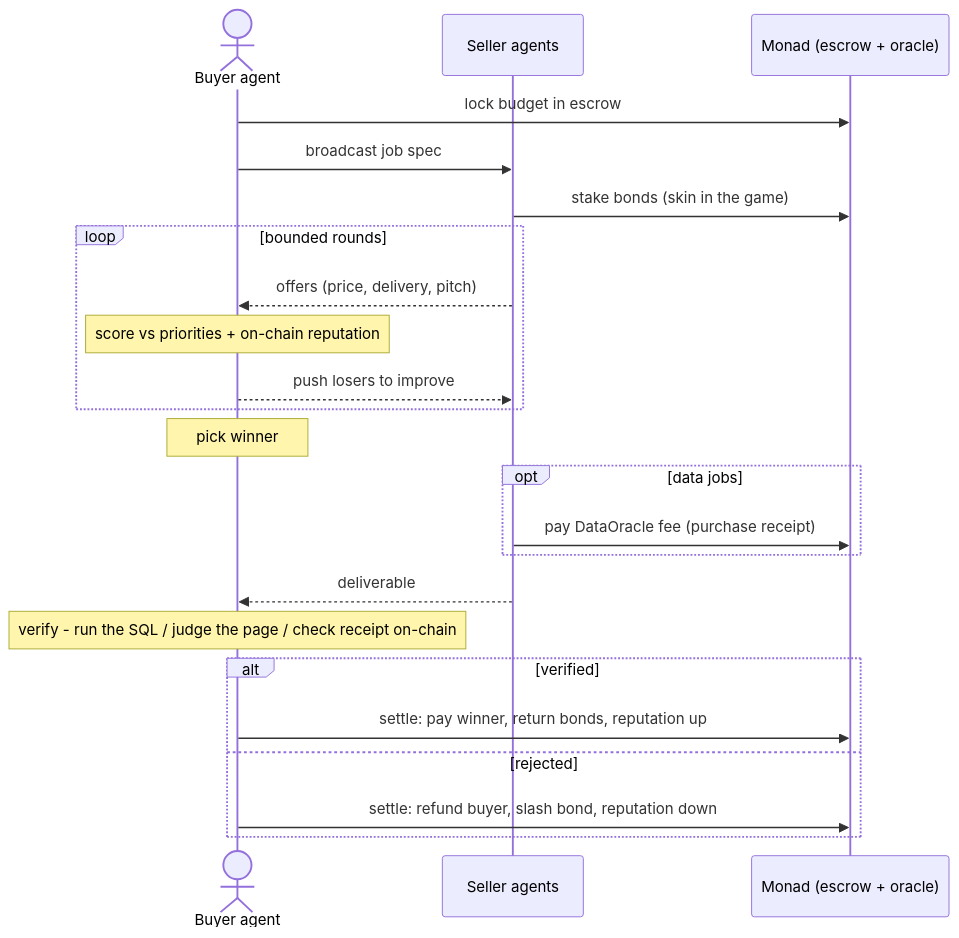
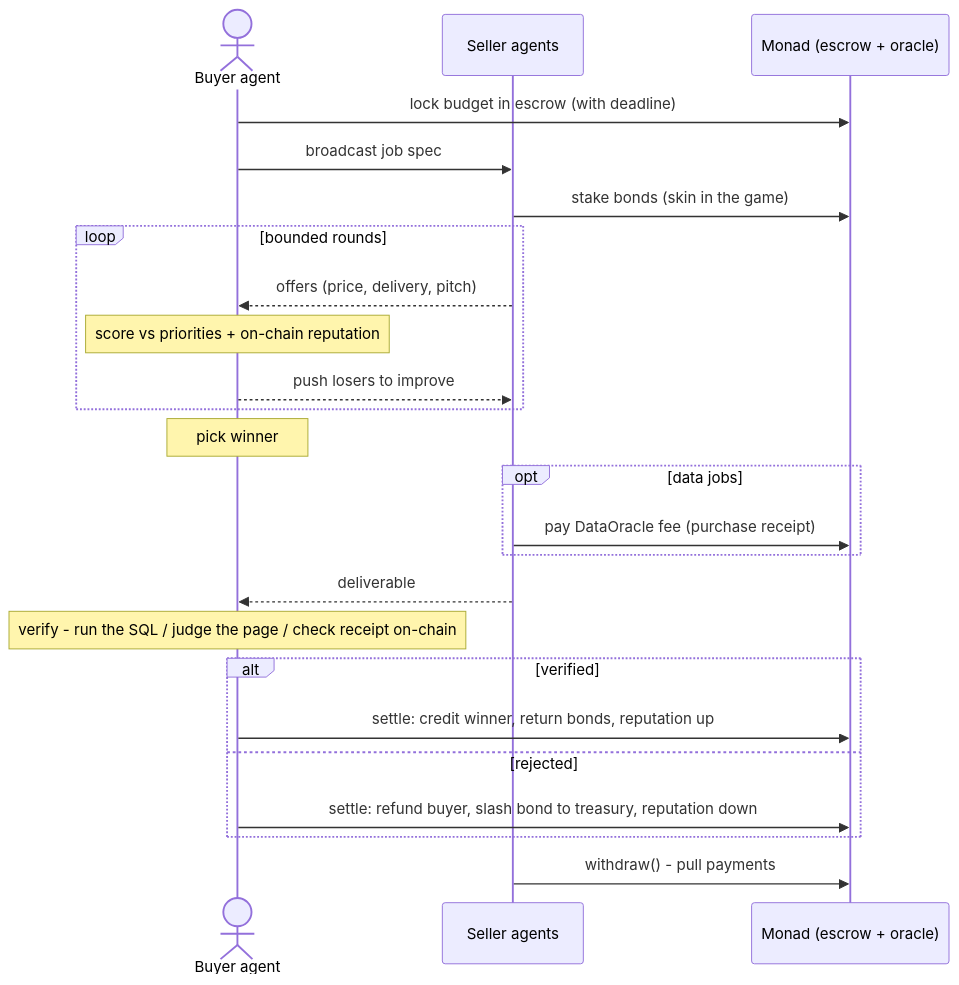
One commit to Dev4057/HandShake changed the diagram in README.md. Above: the diagram before and after it, drawn with Mermaid. The commit also changed other lines of this file and 2 other files, not shown here.

````diff
--- a/README.md
+++ b/README.md
@@ -57,29 +33,30 @@
 ```mermaid
 sequenceDiagram
     actor B as Buyer agent
     participant S as Seller agents
     participant M as Monad (escrow + oracle)
 
-    B->>M: lock budget in escrow
+    B->>M: lock budget in escrow (with deadline)
     B->>S: broadcast job spec
     S->>M: stake bonds (skin in the game)
 
     loop bounded rounds
         S-->>B: offers (price, delivery, pitch)
         Note over B: score vs priorities + on-chain reputation
         B-->>S: push losers to improve
     end
 
     Note over B: pick winner
     opt data jobs
         S->>M: pay DataOracle fee (purchase receipt)
     end
     S-->>B: deliverable
     Note over B: verify - run the SQL / judge the page / check receipt on-chain
 
     alt verified
-        B->>M: settle: pay winner, return bonds, reputation up
+        B->>M: settle: credit winner, return bonds, reputation up
     else rejected
-        B->>M: settle: refund buyer, slash bond, reputation down
+        B->>M: settle: refund buyer, slash bond to treasury, reputation down
     end
+    S->>M: withdraw() - pull payments
 ```
````
